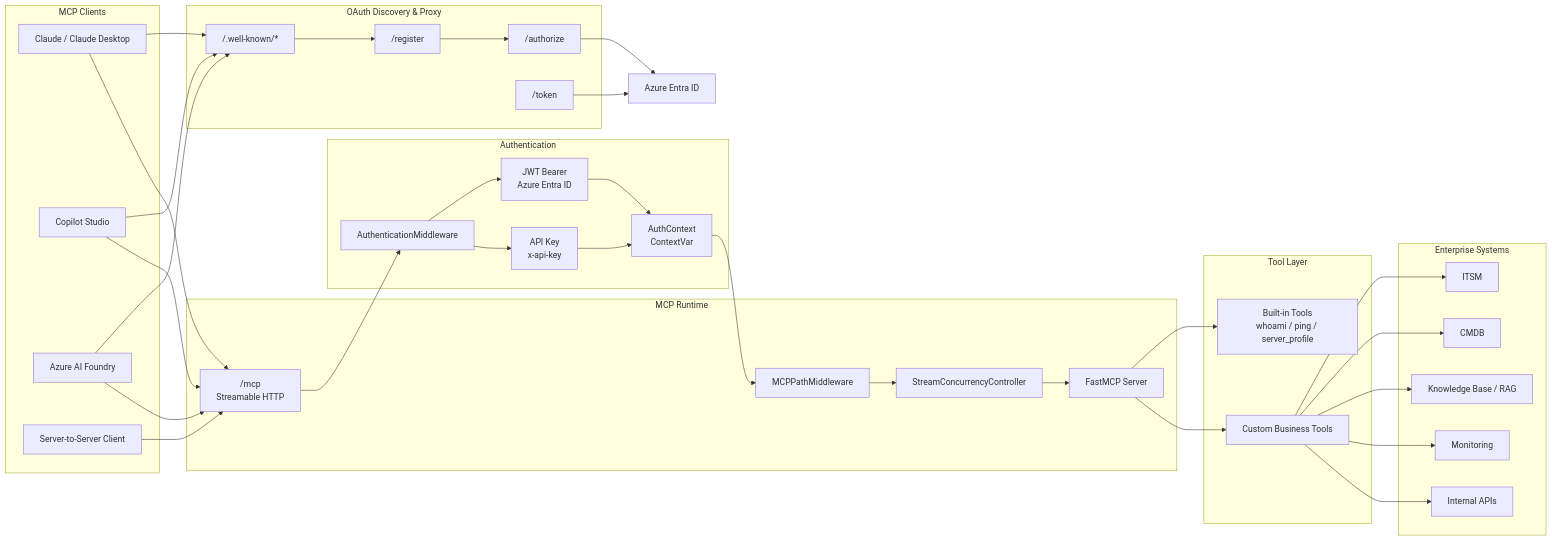
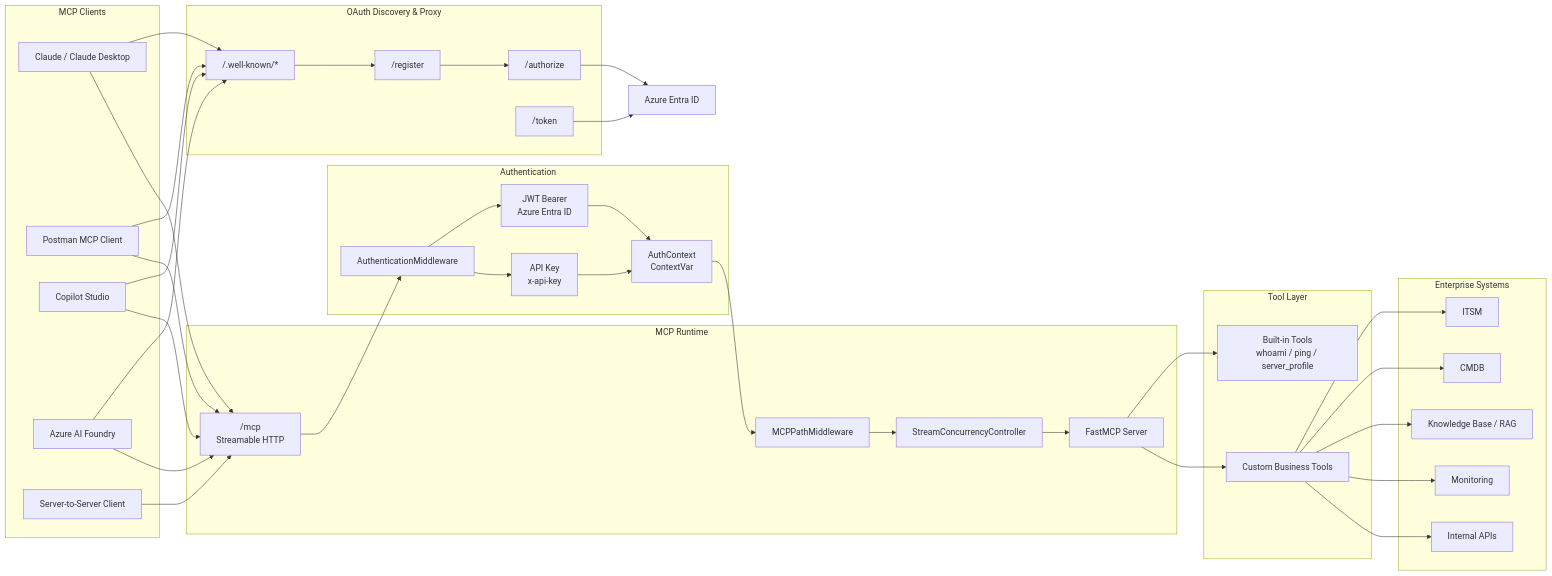
One commit to terenyang/mcp-server-boilerplate changed the diagram in README.md. Above: the diagram before and after it, drawn with Mermaid. The commit also changed other lines of this file, not shown here.

Commit message:
Update README for OAuth client compatibility

````diff
--- a/README.md
+++ b/README.md
@@ -211,78 +263,81 @@
 ```mermaid
 flowchart LR
     subgraph Clients["MCP Clients"]
         Claude["Claude / Claude Desktop"]
+        Postman["Postman MCP Client"]
         Copilot["Copilot Studio"]
         AzureAI["Azure AI Foundry"]
         S2S["Server-to-Server Client"]
     end
 
     subgraph Discovery["OAuth Discovery & Proxy"]
         WellKnown["/.well-known/*"]
         Register["/register"]
         Authorize["/authorize"]
         Token["/token"]
     end
 
     subgraph Auth["Authentication"]
         AuthMW["AuthenticationMiddleware"]
         JWT["JWT Bearer<br/>Azure Entra ID"]
         APIKey["API Key<br/>x-api-key"]
         Context["AuthContext<br/>ContextVar"]
     end
 
     subgraph MCPRuntime["MCP Runtime"]
         MCP["/mcp<br/>Streamable HTTP"]
         PathMW["MCPPathMiddleware"]
         StreamCtrl["StreamConcurrencyController"]
         FastMCP["FastMCP Server"]
     end
 
     subgraph Tools["Tool Layer"]
         BuiltIn["Built-in Tools<br/>whoami / ping / server_profile"]
         Custom["Custom Business Tools"]
     end
 
     subgraph Systems["Enterprise Systems"]
         ITSM["ITSM"]
         CMDB["CMDB"]
         KB["Knowledge Base / RAG"]
         Monitoring["Monitoring"]
         APIs["Internal APIs"]
     end
 
     Entra["Azure Entra ID"]
 
     Claude --> WellKnown
+    Postman --> WellKnown
     Copilot --> WellKnown
     AzureAI --> WellKnown
 
     WellKnown --> Register
     Register --> Authorize
     Authorize --> Entra
     Token --> Entra
 
     Claude --> MCP
+    Postman --> MCP
     Copilot --> MCP
     AzureAI --> MCP
     S2S --> MCP
 
     MCP --> AuthMW
     AuthMW --> JWT
     AuthMW --> APIKey
     JWT --> Context
     APIKey --> Context
 
     Context --> PathMW
     PathMW --> StreamCtrl
     StreamCtrl --> FastMCP
 
     FastMCP --> BuiltIn
     FastMCP --> Custom
 
     Custom --> ITSM
     Custom --> CMDB
     Custom --> KB
     Custom --> Monitoring
     Custom --> APIs
 ```
````
